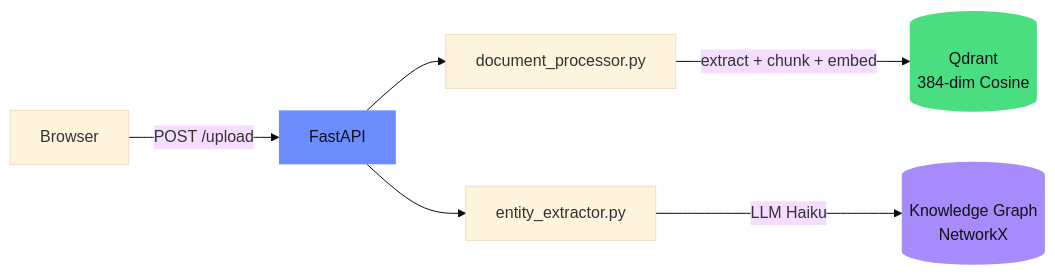
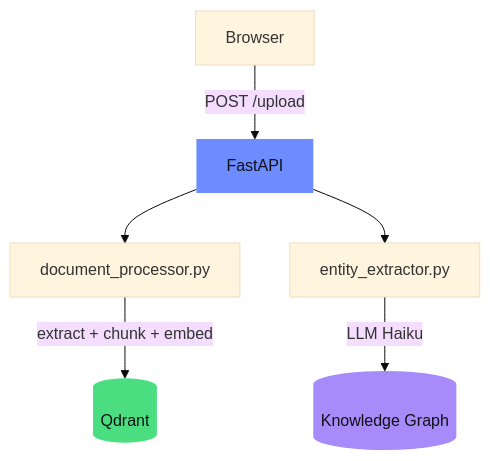
One commit to mj-deving/rag-hybrid-chatbot changed the first of 3 diagrams in README.md. Above: the diagram before and after it, drawn with Mermaid (base theme). The commit also changed other lines of this file, not shown here.

Commit message:
docs: translate README to English, fix Mermaid diagram centering (LR→TD)

````diff
--- a/README.md
+++ b/README.md
@@ -84,12 +84,12 @@
 ```mermaid
-flowchart LR
+flowchart TD
     A[Browser] -->|POST /upload| B[FastAPI]
     B --> C[document_processor.py]
-    C -->|extract + chunk + embed| D[(Qdrant\n384-dim Cosine)]
     B --> E[entity_extractor.py]
-    E -->|LLM Haiku| F[(Knowledge Graph\nNetworkX)]
+    C -->|extract + chunk + embed| D[(Qdrant)]
+    E -->|LLM Haiku| F[(Knowledge Graph)]
 
     style B fill:#6c8cff,color:#0f1117,stroke:none
     style D fill:#4ade80,color:#0f1117,stroke:none
     style F fill:#a78bfa,color:#0f1117,stroke:none
 ```
````
